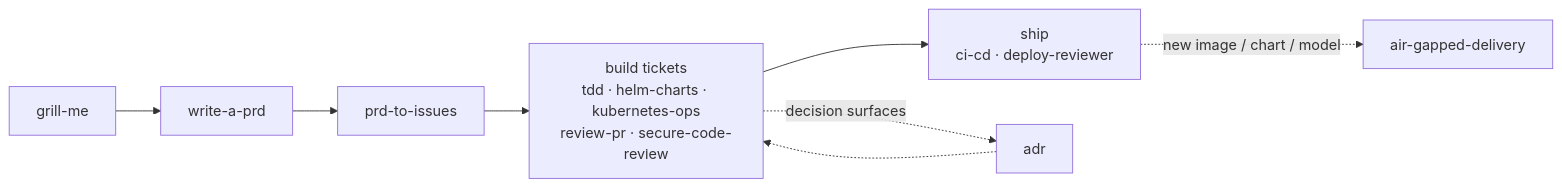
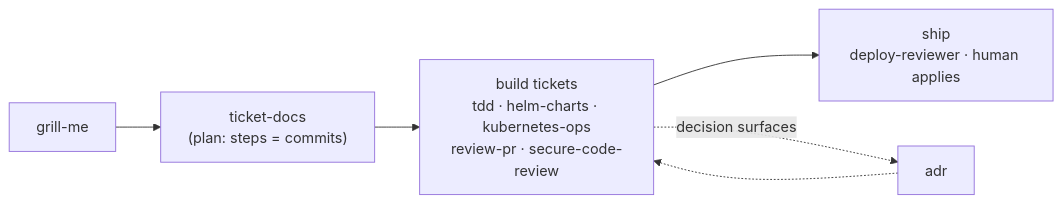
Before and after one commit to KSriki/agent-harness-template: the diagram in docs/engineering-steering-doc.md, drawn with Mermaid. The commit also changed other lines of this file and 41 other files, not shown here.

````diff
--- a/docs/engineering-steering-doc.md
+++ b/docs/engineering-steering-doc.md
@@ -93,6 +93,5 @@
 ```mermaid
 flowchart LR
-    G["grill-me"] --> P["write-a-prd"] --> T["prd-to-issues"] --> B["build tickets<br/>tdd · helm-charts · kubernetes-ops<br/>review-pr · secure-code-review"] --> S["ship<br/>ci-cd · deploy-reviewer"]
+    G["grill-me"] --> T["ticket-docs<br/>(plan: steps = commits)"] --> B["build tickets<br/>tdd · helm-charts · kubernetes-ops<br/>review-pr · secure-code-review"] --> S["ship<br/>deploy-reviewer · human applies"]
     B -. decision surfaces .-> A["adr"] -.-> B
-    S -. new image / chart / model .-> AG["air-gapped-delivery"]
 ```
````
